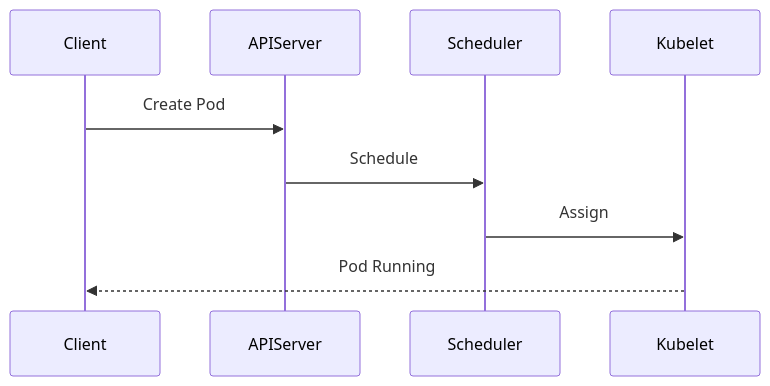
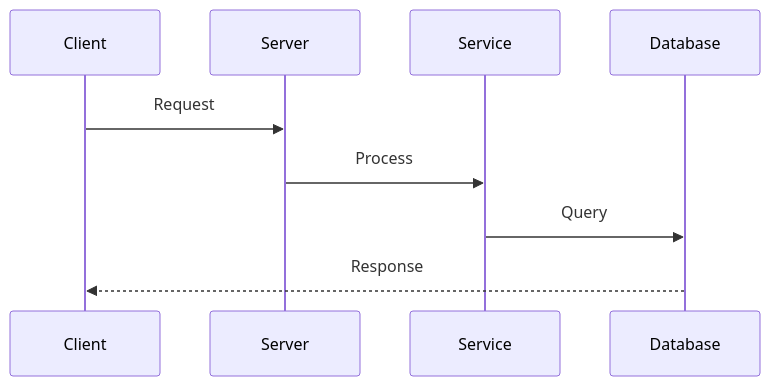
The third of 4 diagrams in src/core/agents/skills/create_comprehensive_diagrams.md (Saadkhalid913/repo-explainer), drawn with Mermaid before and after one commit. The commit also changed 16 other files, not shown here.

````diff
--- a/src/core/agents/skills/create_comprehensive_diagrams.md
+++ b/src/core/agents/skills/create_comprehensive_diagrams.md
@@ -29,7 +29,7 @@
 ```mermaid
 sequenceDiagram
-    Client->>APIServer: Create Pod
-    APIServer->>Scheduler: Schedule
-    Scheduler->>Kubelet: Assign
-    Kubelet-->>Client: Pod Running
+    Client->>Server: Request
+    Server->>Service: Process
+    Service->>Database: Query
+    Database-->>Client: Response
 ```
````
